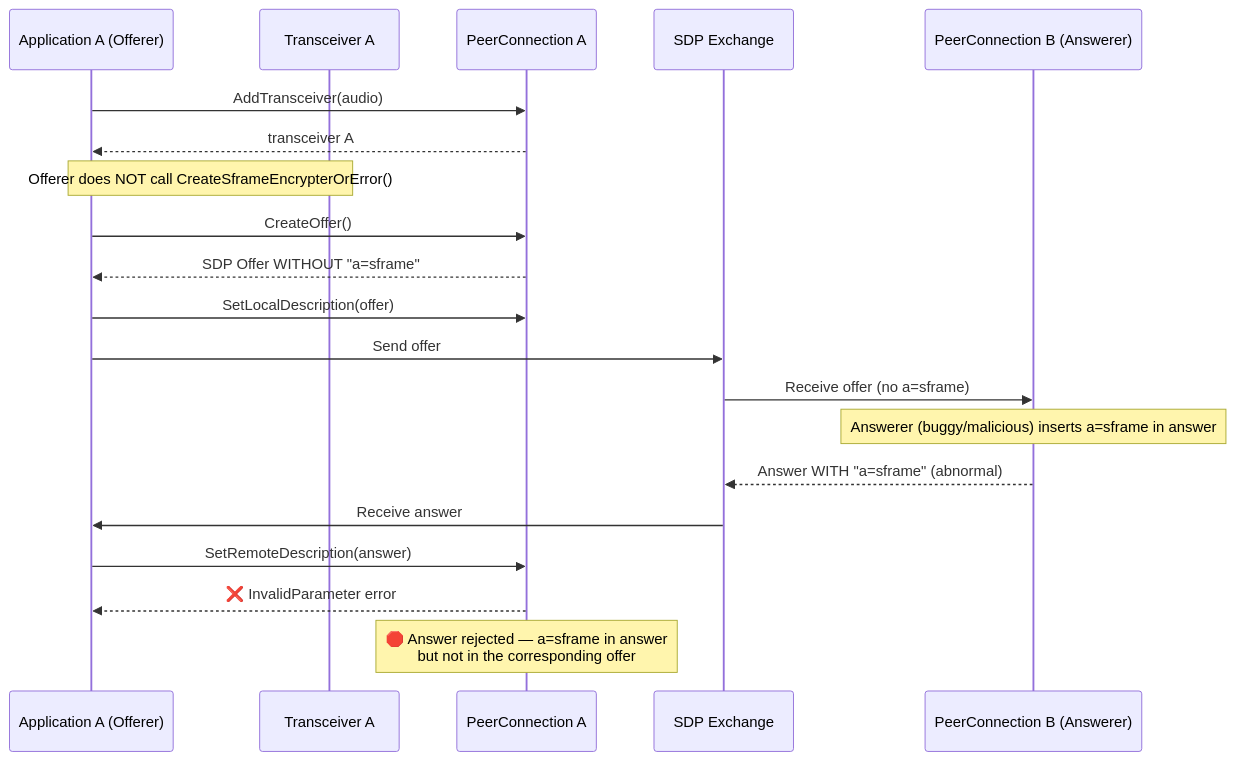
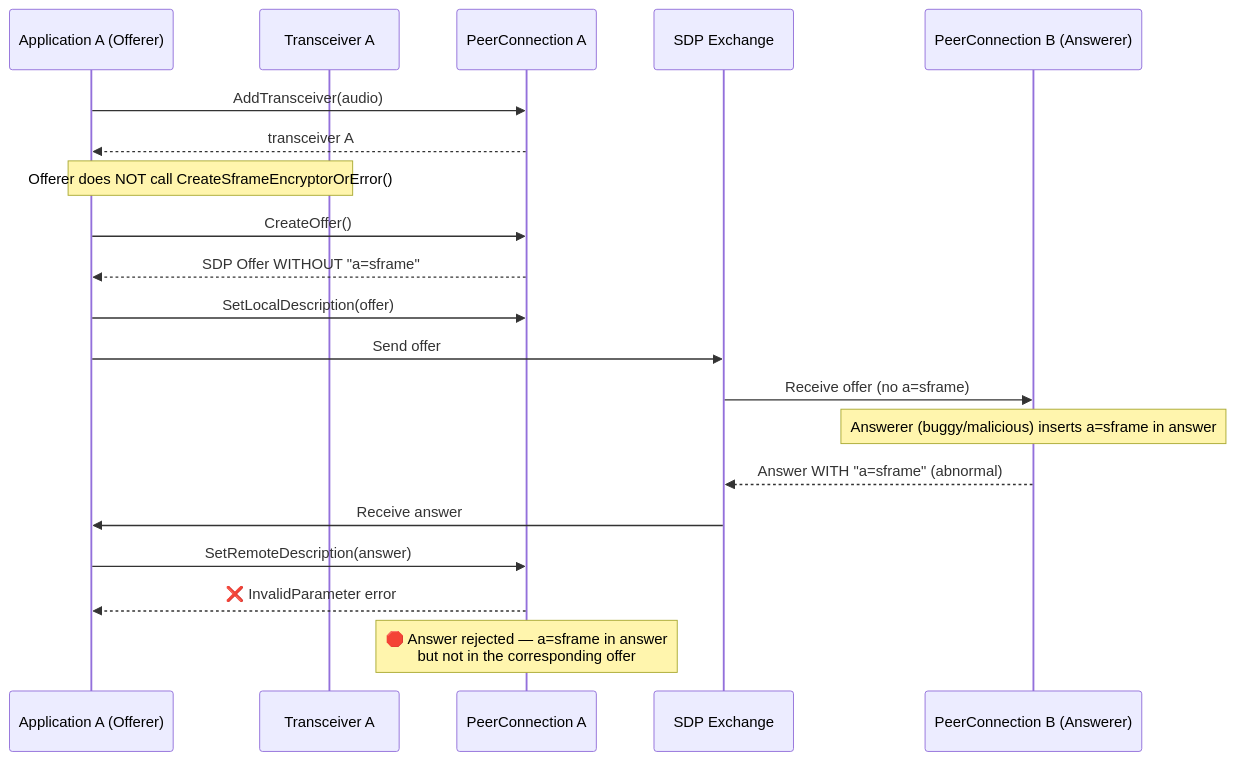
Before and after one commit to webex/webrtc-sframe: the third of 6 diagrams in negotiation.md, drawn with Mermaid. The commit also changed other lines of this file and 3 other files, not shown here.

Commit message:
sframe architecture docs

````diff
--- a/negotiation.md
+++ b/negotiation.md
@@ -214,27 +214,27 @@
 ```mermaid
 sequenceDiagram
     participant AppA as Application A (Offerer)
     participant TA as Transceiver A
     participant PCA as PeerConnection A
     participant SDP as SDP Exchange
     participant PCB as PeerConnection B (Answerer)
 
     AppA->>PCA: AddTransceiver(audio)
     PCA-->>AppA: transceiver A
-    Note over AppA,TA: Offerer does NOT call CreateSframeEncrypterOrError()
+    Note over AppA,TA: Offerer does NOT call CreateSframeEncryptorOrError()
 
     AppA->>PCA: CreateOffer()
     PCA-->>AppA: SDP Offer WITHOUT "a=sframe"
     AppA->>PCA: SetLocalDescription(offer)
     AppA->>SDP: Send offer
 
     SDP->>PCB: Receive offer (no a=sframe)
     Note over PCB: Answerer (buggy/malicious) inserts a=sframe in answer
     PCB-->>SDP: Answer WITH "a=sframe" (abnormal)
     SDP->>AppA: Receive answer
 
     AppA->>PCA: SetRemoteDescription(answer)
     PCA-->>AppA: ❌ InvalidParameter error
 
     Note over PCA: 🛑 Answer rejected — a=sframe in answer<br/>but not in the corresponding offer
 ```
````
